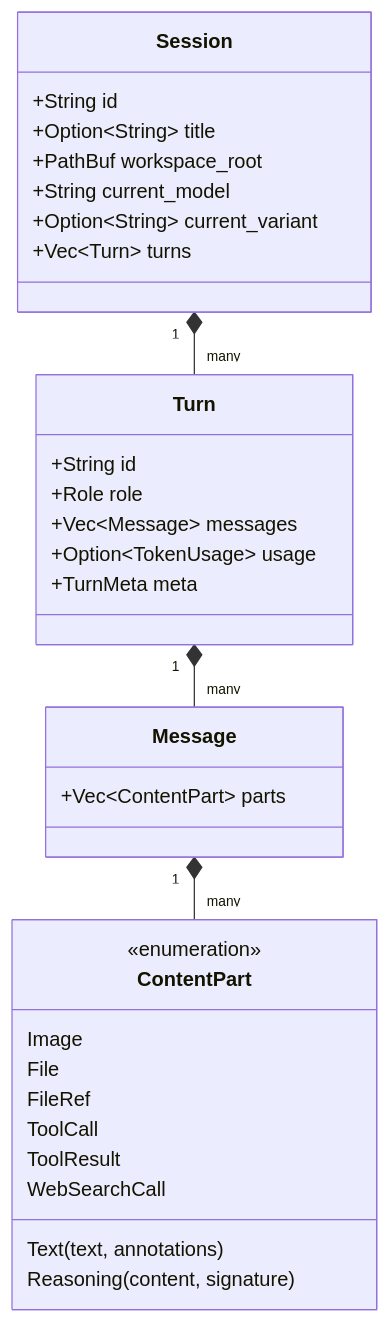
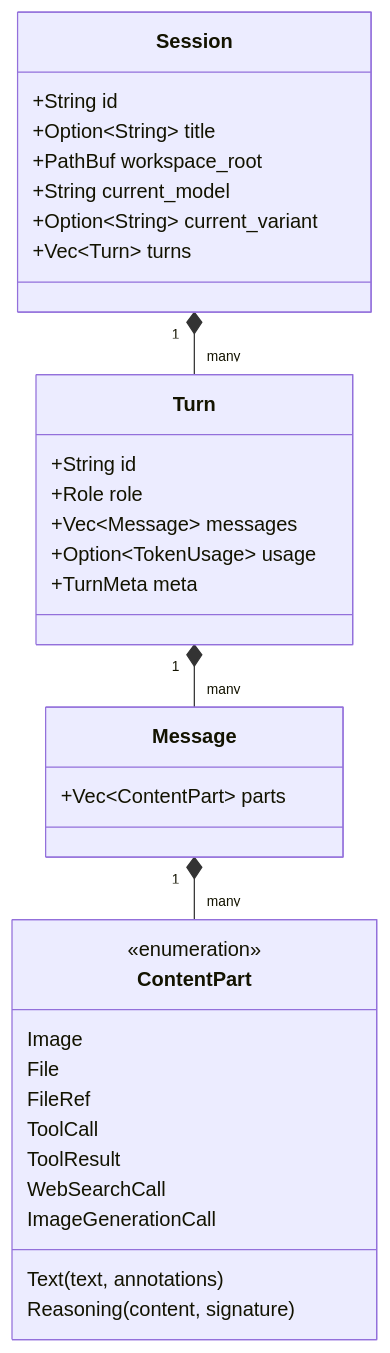
Before and after one commit to jerrita/vva: the diagram in docs/domain_model.md, drawn with Mermaid. The commit also changed other lines of this file and 14 other files, not shown here.

````diff
--- a/docs/domain_model.md
+++ b/docs/domain_model.md
@@ -5,36 +3,37 @@
 ```mermaid
 classDiagram
     class Session {
         +String id
         +Option~String~ title
         +PathBuf workspace_root
         +String current_model
         +Option~String~ current_variant
         +Vec~Turn~ turns
     }
     class Turn {
         +String id
         +Role role
         +Vec~Message~ messages
         +Option~TokenUsage~ usage
         +TurnMeta meta
     }
     class Message {
         +Vec~ContentPart~ parts
     }
     class ContentPart {
         <<enumeration>>
         Text(text, annotations)
         Reasoning(content, signature)
         Image
         File
         FileRef
         ToolCall
         ToolResult
         WebSearchCall
+        ImageGenerationCall
     }
 
     Session "1" *-- "many" Turn
     Turn "1" *-- "many" Message
     Message "1" *-- "many" ContentPart
 ```
````
